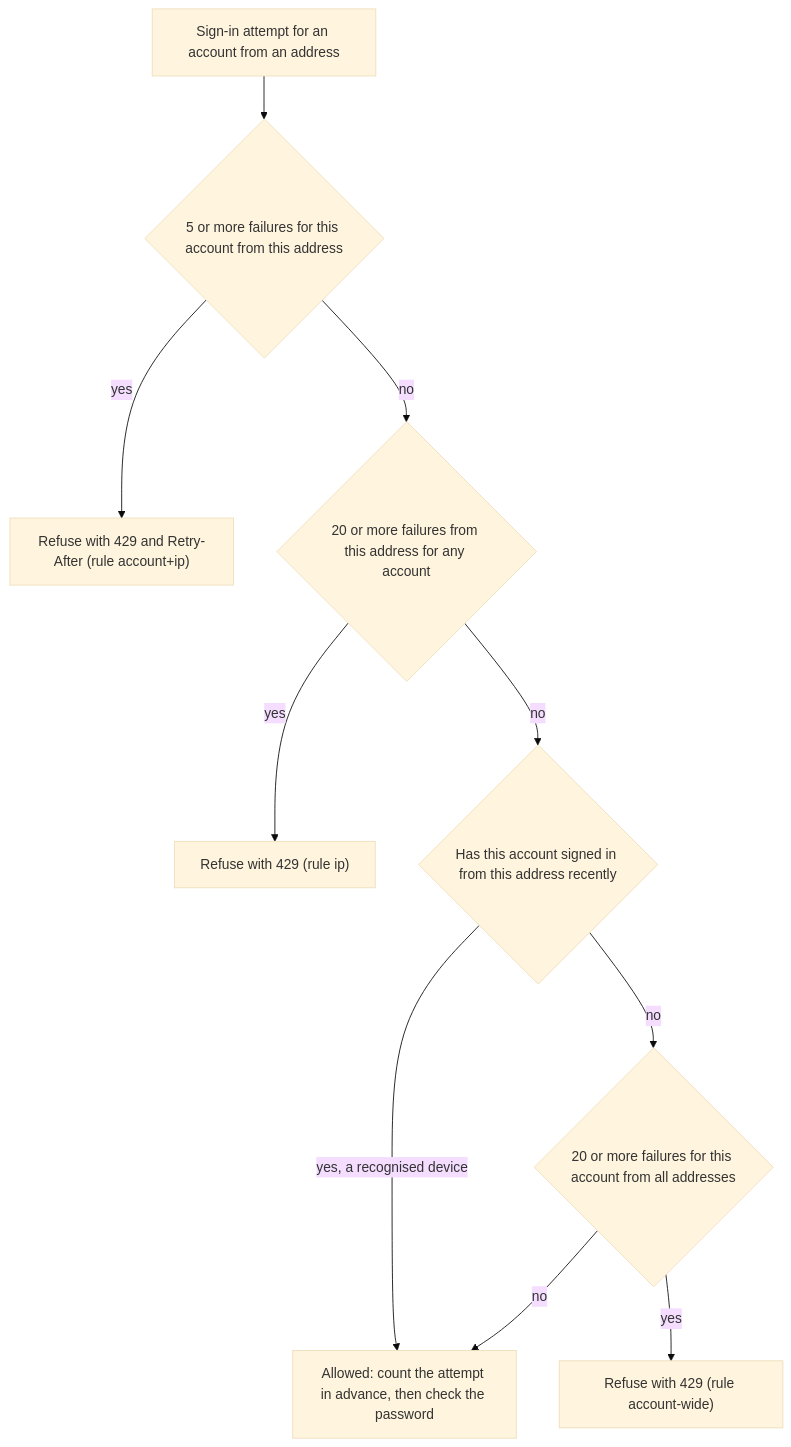
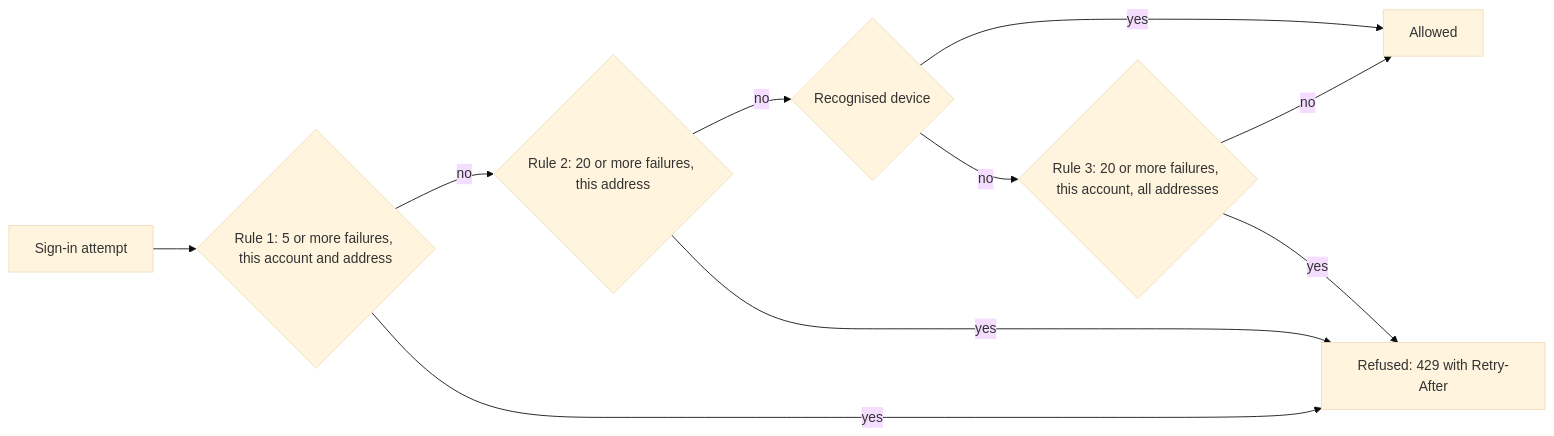
The first of 2 diagrams in book/part-2-backend/16-spring-security-defenses.md (Sriram-Codes-SW/secure-doc-viewer), drawn with Mermaid (base theme) before and after one commit. The commit also changed other lines of this file and 59 other files, not shown here.

Commit message:
Book: round 2 fixes (Ch 40/41 trim and Figure 41.5, wide diagrams, glossary bolding, star labels, EPUB metadata, contrast theme)

````diff
--- a/book/part-2-backend/16-spring-security-defenses.md
+++ b/book/part-2-backend/16-spring-security-defenses.md
@@ -227,12 +227,12 @@
 ```mermaid
-flowchart TB
-    A["Sign-in attempt for an account from an address"] --> B{"5 or more failures for this account from this address"}
-    B -- "yes" --> L1["Refuse with 429 and Retry-After (rule account+ip)"]
-    B -- "no" --> C{"20 or more failures from this address for any account"}
-    C -- "yes" --> L2["Refuse with 429 (rule ip)"]
-    C -- "no" --> D{"Has this account signed in from this address recently"}
-    D -- "yes, a recognised device" --> OK["Allowed: count the attempt in advance, then check the password"]
-    D -- "no" --> E{"20 or more failures for this account from all addresses"}
-    E -- "yes" --> L3["Refuse with 429 (rule account-wide)"]
-    E -- "no" --> OK
+flowchart LR
+    A["Sign-in attempt"] --> B{"Rule 1: 5 or more failures, this account and address"}
+    B -- "no" --> C{"Rule 2: 20 or more failures, this address"}
+    C -- "no" --> D{"Recognised device"}
+    D -- "no" --> E{"Rule 3: 20 or more failures, this account, all addresses"}
+    E -- "no" --> OK["Allowed"]
+    D -- "yes" --> OK
+    B -- "yes" --> R["Refused: 429 with Retry-After"]
+    C -- "yes" --> R
+    E -- "yes" --> R
 ```
````
